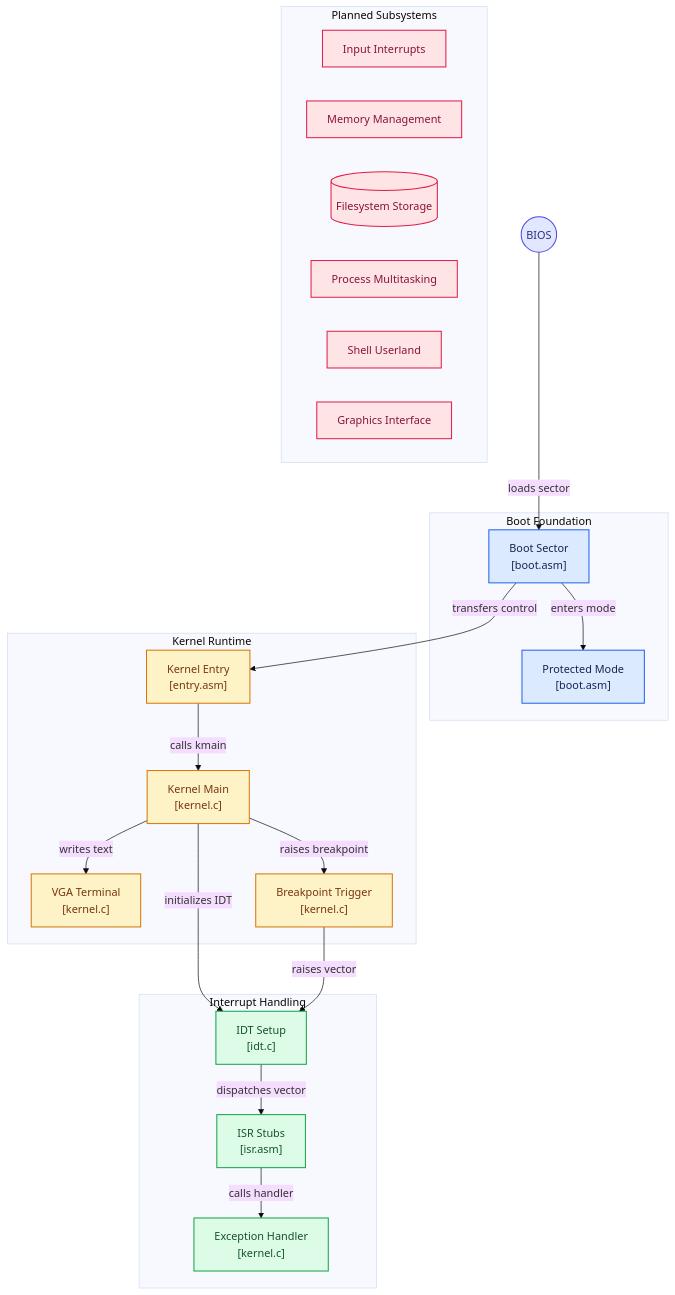
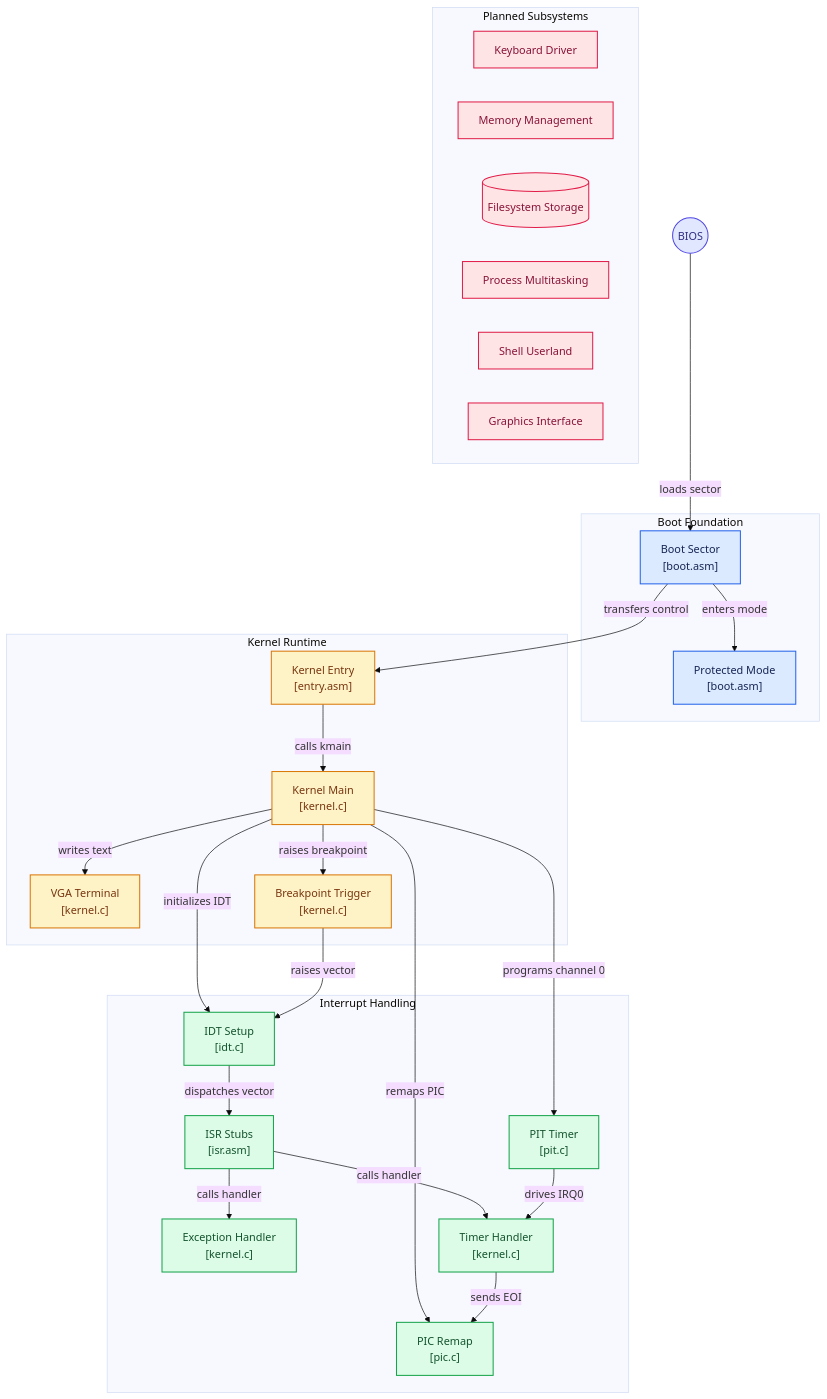
The diagram in README.md (ria0304/Lumen), drawn with Mermaid (base theme) before and after one commit. The commit also changed other lines of this file, not shown here.

````diff
--- a/README.md
+++ b/README.md
@@ -110,10 +114,13 @@
   node_idt["IDT Setup<br/>[idt.c]"]
   node_isr_stubs["ISR Stubs<br/>[isr.asm]"]
   node_exception_handler["Exception Handler<br/>[kernel.c]"]
+  node_pic["PIC Remap<br/>[pic.c]"]
+  node_pit["PIT Timer<br/>[pit.c]"]
+  node_timer_handler["Timer Handler<br/>[kernel.c]"]
 end
 
 subgraph group_roadmap["Planned Subsystems"]
-  node_input_interrupts["Input Interrupts"]
+  node_keyboard["Keyboard Driver"]
   node_memory_management["Memory Management"]
   node_filesystem[("Filesystem Storage")]
   node_multitasking["Process Multitasking"]
@@ -131,8 +138,13 @@
 node_kernel_main -->|"initializes IDT"| node_idt
 node_kernel_main -->|"raises breakpoint"| node_breakpoint
 node_breakpoint -->|"raises vector"| node_idt
+node_kernel_main -->|"remaps PIC"| node_pic
+node_kernel_main -->|"programs channel 0"| node_pit
 node_idt -->|"dispatches vector"| node_isr_stubs
 node_isr_stubs -->|"calls handler"| node_exception_handler
+node_isr_stubs -->|"calls handler"| node_timer_handler
+node_pit -->|"drives IRQ0"| node_timer_handler
+node_timer_handler -->|"sends EOI"| node_pic
 
 click node_boot_sector "https://github.com/ria0304/lumen/blob/main/boot/boot.asm"
 click node_protected_mode "https://github.com/ria0304/lumen/blob/main/boot/boot.asm"
@@ -143,7 +155,10 @@
 click node_idt "https://github.com/ria0304/lumen/blob/main/kernel/idt.c"
 click node_isr_stubs "https://github.com/ria0304/lumen/blob/main/kernel/isr.asm"
 click node_exception_handler "https://github.com/ria0304/lumen/blob/main/kernel/kernel.c"
-click node_input_interrupts "https://github.com/ria0304/lumen/tree/main/kernel"
+click node_pic "https://github.com/ria0304/lumen/blob/main/kernel/pic.c"
+click node_pit "https://github.com/ria0304/lumen/blob/main/kernel/pit.c"
+click node_timer_handler "https://github.com/ria0304/lumen/blob/main/kernel/kernel.c"
+click node_keyboard "https://github.com/ria0304/lumen/tree/main/kernel"
 click node_memory_management "https://github.com/ria0304/lumen/tree/main/kernel"
 click node_filesystem "https://github.com/ria0304/lumen/tree/main/kernel"
 click node_multitasking "https://github.com/ria0304/lumen/tree/main/kernel"
@@ -159,7 +174,7 @@
 classDef toneTeal fill:#ccfbf1,stroke:#0f766e,stroke-width:1.5px,color:#134e4a
 class node_boot_sector,node_protected_mode toneBlue
 class node_kernel_entry,node_kernel_main,node_vga_terminal,node_breakpoint toneAmber
-class node_idt,node_isr_stubs,node_exception_handler toneMint
-class node_input_interrupts,node_memory_management,node_filesystem,node_multitasking,node_shell_userland,node_graphics toneRose
+class node_idt,node_isr_stubs,node_exception_handler,node_pic,node_pit,node_timer_handler toneMint
+class node_keyboard,node_memory_management,node_filesystem,node_multitasking,node_shell_userland,node_graphics toneRose
 class node_bios toneIndigo
 ```
````
